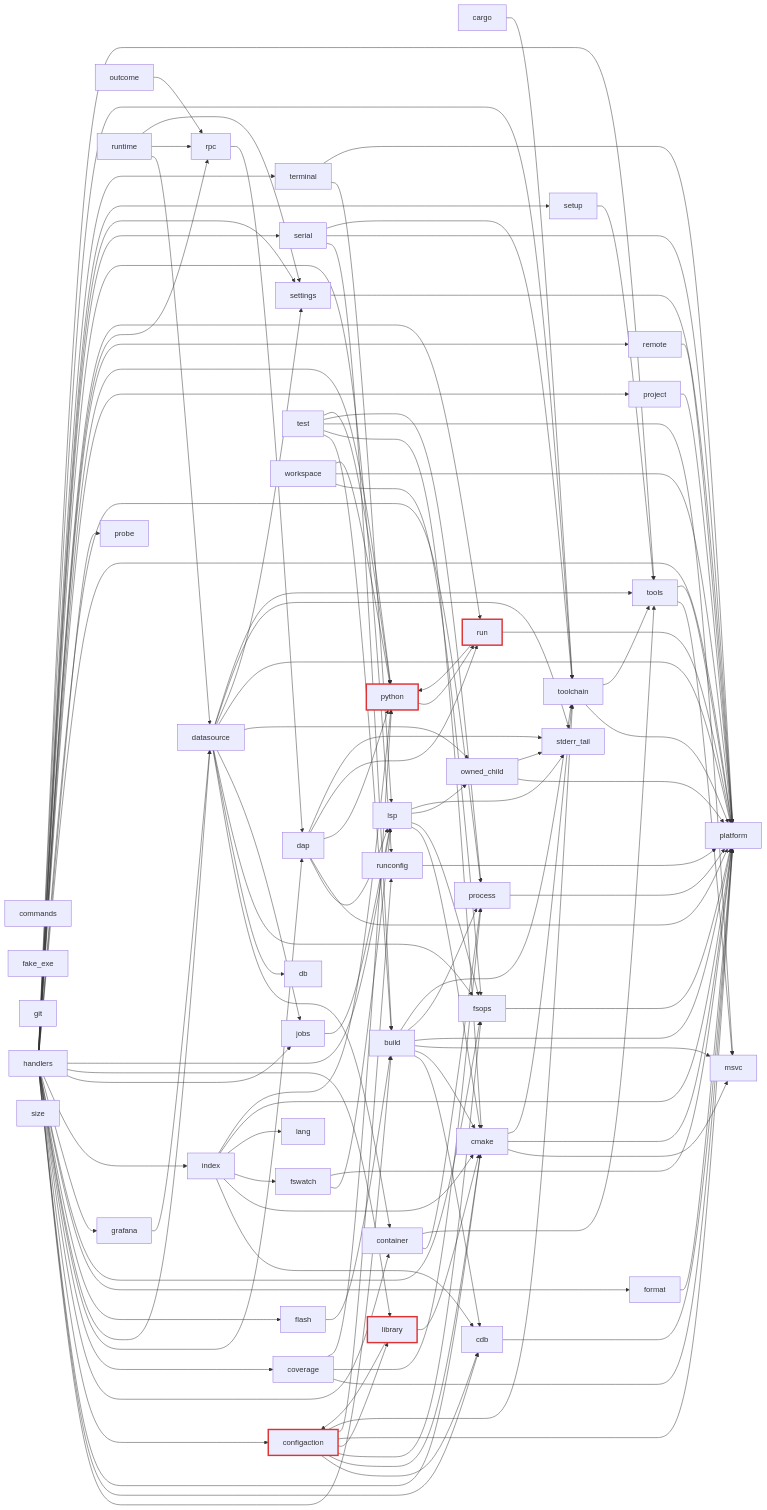
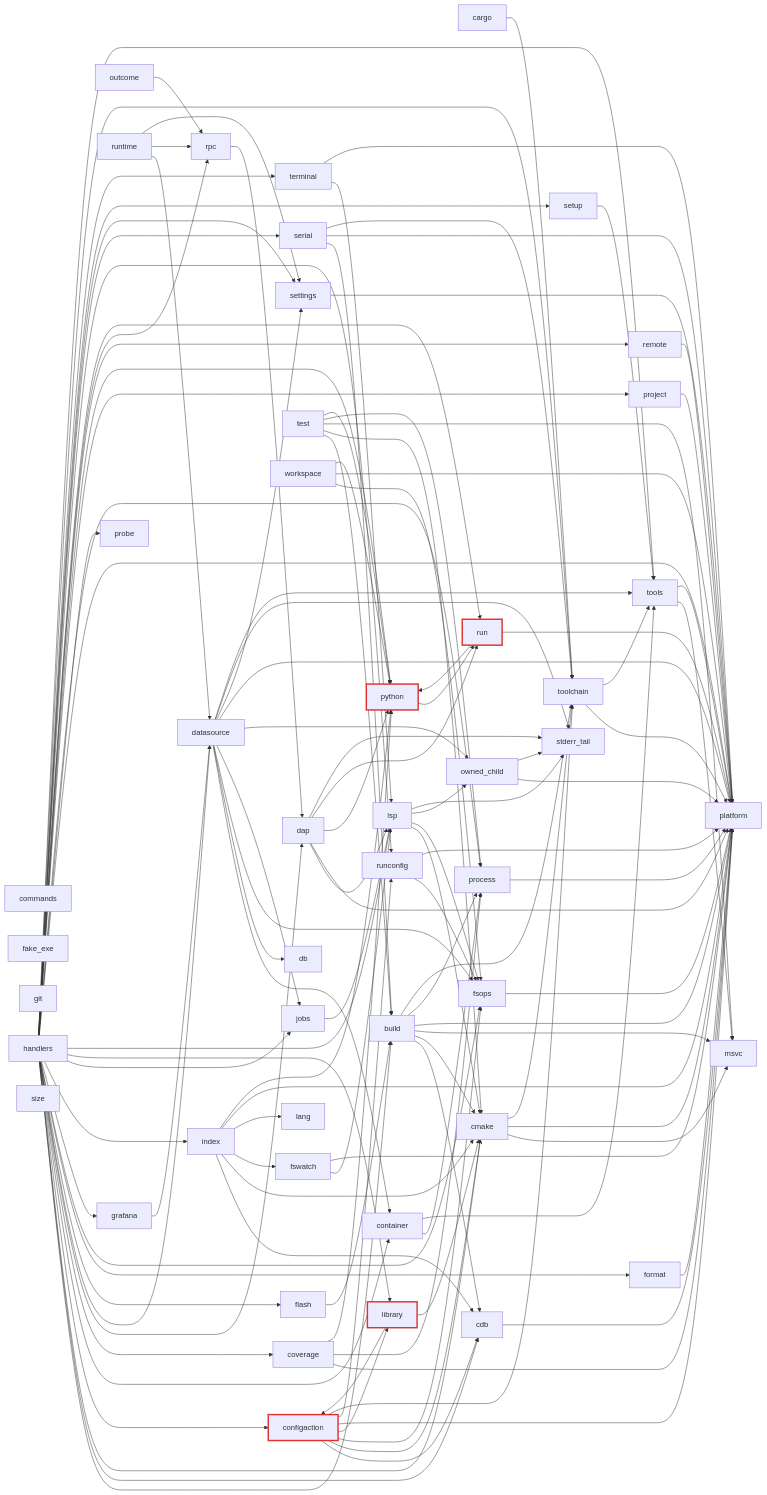
One commit to ViktorWalde/KineinVectis changed the third of 16 diagrams in DocsPublic/arquitetura/01-mapa-de-modulos.md. Above: the diagram before and after it, drawn with Mermaid. The commit also changed other lines of this file and 40 other files, not shown here.

```diff
--- a/DocsPublic/arquitetura/01-mapa-de-modulos.md
+++ b/DocsPublic/arquitetura/01-mapa-de-modulos.md
@@ -237,6 +237,7 @@
   n_core_rpc --> n_core_dap
   n_core_run --> n_core_platform
   n_core_run --> n_core_python
+  n_core_runconfig --> n_core_fsops
   n_core_runconfig --> n_core_platform
   n_core_runtime --> n_core_datasource
   n_core_runtime --> n_core_rpc
```
